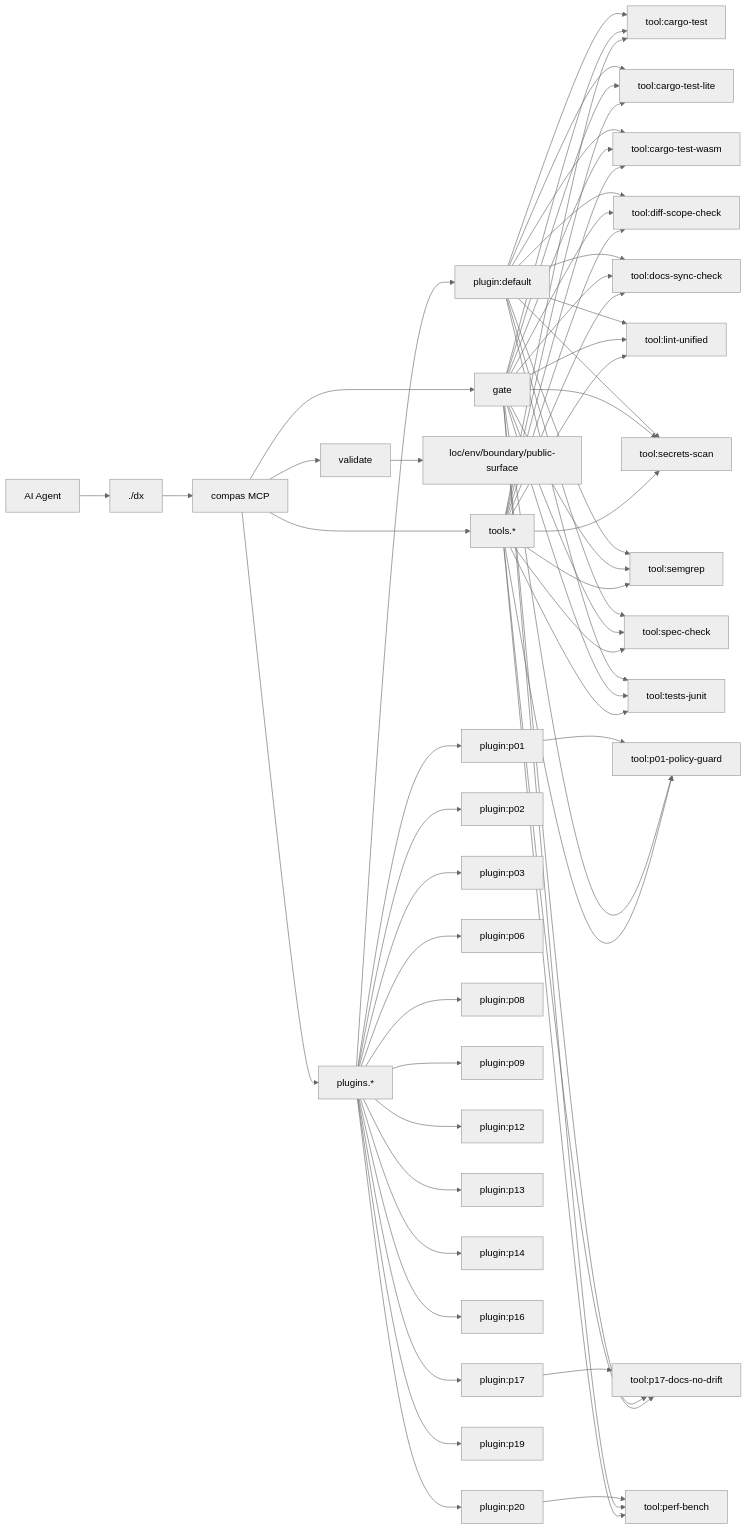
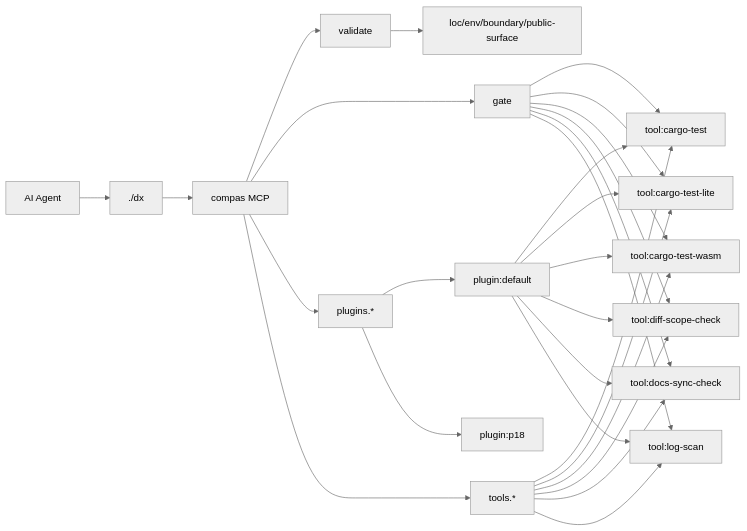
Before and after one commit to AmirTlinov/compas: the diagram in AGENTS.md, drawn with Mermaid (neutral theme). The commit also changed other lines of this file and 5 other files, not shown here.

Commit message:
feat(p18): add log leak scanner plugin and gate wiring

````diff
--- a/AGENTS.md
+++ b/AGENTS.md
@@ -72,63 +53,30 @@
 ```mermaid
 flowchart LR
   Agent[AI Agent] --> DX[./dx]
   DX --> MCP[compas MCP]
   MCP --> V[validate]
   MCP --> G[gate]
   MCP --> PL[plugins.*]
   MCP --> TL[tools.*]
   V --> C1[loc/env/boundary/public-surface]
   PL --> P_default["plugin:default"]
   P_default --> T_cargo_test["tool:cargo-test"]
   G --> T_cargo_test
   P_default --> T_cargo_test_lite["tool:cargo-test-lite"]
   G --> T_cargo_test_lite
   P_default --> T_cargo_test_wasm["tool:cargo-test-wasm"]
   G --> T_cargo_test_wasm
   P_default --> T_diff_scope_check["tool:diff-scope-check"]
   G --> T_diff_scope_check
   P_default --> T_docs_sync_check["tool:docs-sync-check"]
   G --> T_docs_sync_check
-  P_default --> T_lint_unified["tool:lint-unified"]
-  G --> T_lint_unified
-  P_default --> T_secrets_scan["tool:secrets-scan"]
-  G --> T_secrets_scan
-  P_default --> T_semgrep["tool:semgrep"]
-  G --> T_semgrep
-  P_default --> T_spec_check["tool:spec-check"]
-  G --> T_spec_check
-  P_default --> T_tests_junit["tool:tests-junit"]
-  G --> T_tests_junit
-  PL --> P_p01["plugin:p01"]
-  P_p01 --> T_p01_policy_guard["tool:p01-policy-guard"]
-  G --> T_p01_policy_guard
-  PL --> P_p02["plugin:p02"]
-  PL --> P_p03["plugin:p03"]
-  PL --> P_p06["plugin:p06"]
-  PL --> P_p08["plugin:p08"]
-  PL --> P_p09["plugin:p09"]
-  PL --> P_p12["plugin:p12"]
-  PL --> P_p13["plugin:p13"]
-  PL --> P_p14["plugin:p14"]
-  PL --> P_p16["plugin:p16"]
-  PL --> P_p17["plugin:p17"]
-  P_p17 --> T_p17_docs_no_drift["tool:p17-docs-no-drift"]
-  G --> T_p17_docs_no_drift
-  PL --> P_p19["plugin:p19"]
-  PL --> P_p20["plugin:p20"]
-  P_p20 --> T_perf_bench["tool:perf-bench"]
-  G --> T_perf_bench
+  P_default --> T_log_scan["tool:log-scan"]
+  G --> T_log_scan
+  PL --> P_p18["plugin:p18"]
   TL --> T_cargo_test
   TL --> T_cargo_test_lite
   TL --> T_cargo_test_wasm
   TL --> T_diff_scope_check
   TL --> T_docs_sync_check
-  TL --> T_lint_unified
-  TL --> T_p01_policy_guard
-  TL --> T_p17_docs_no_drift
-  TL --> T_perf_bench
-  TL --> T_secrets_scan
-  TL --> T_semgrep
-  TL --> T_spec_check
-  TL --> T_tests_junit
+  TL --> T_log_scan
 ```
````
